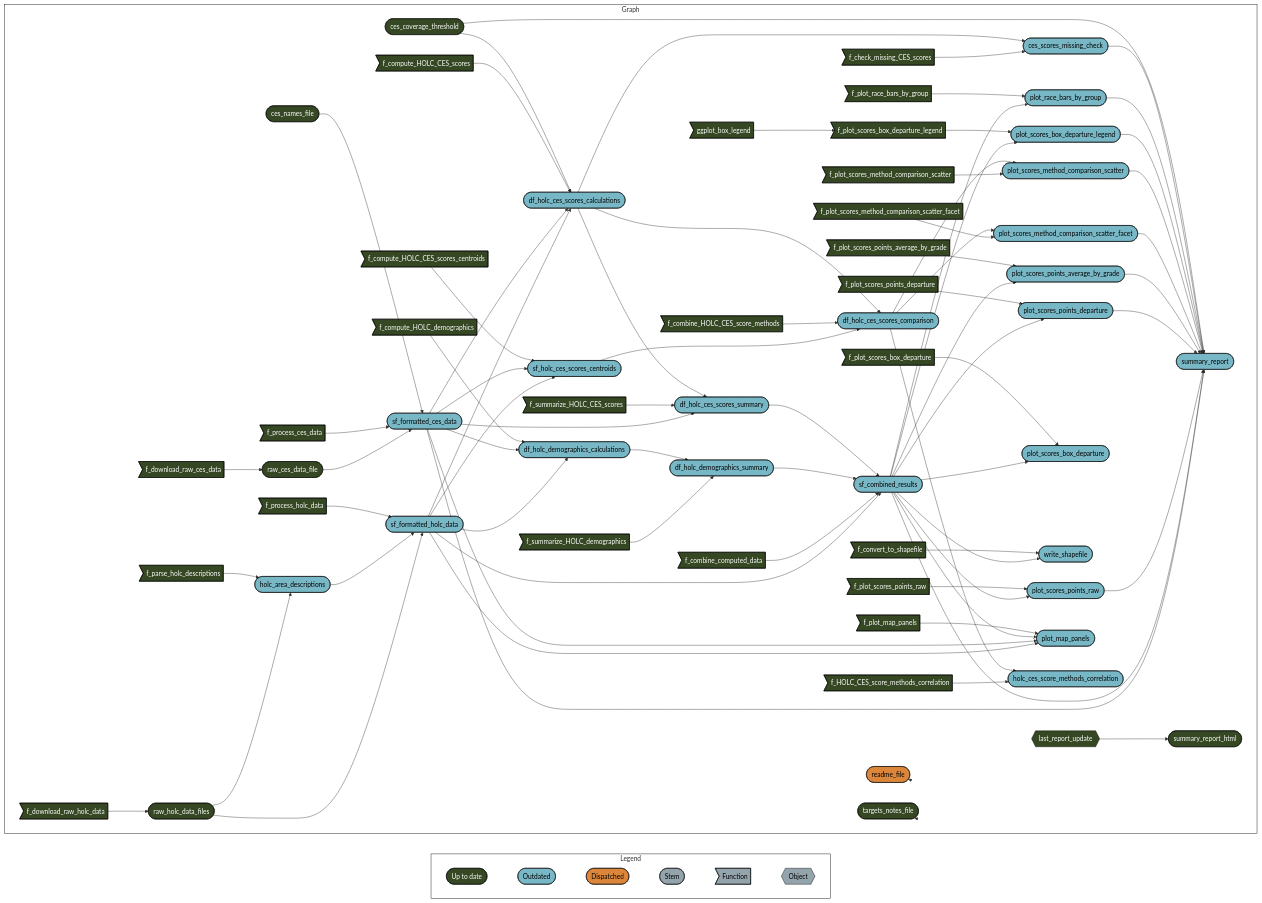
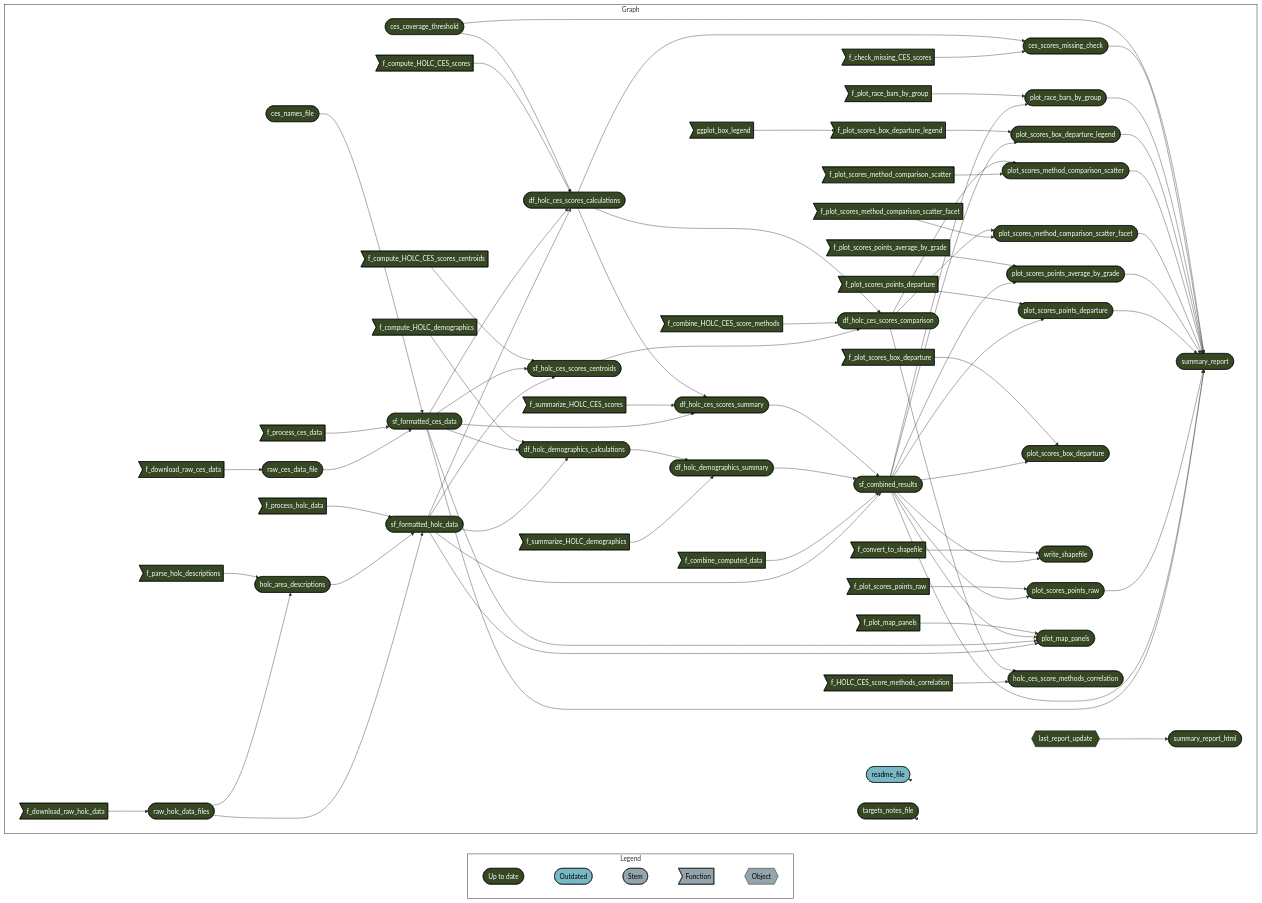
One commit to daltare/pollution-and-prejudice changed the diagram in README.md. Above: the diagram before and after it, drawn with Mermaid. The commit also changed other lines of this file and 5 other files, not shown here.

````diff
--- a/README.md
+++ b/README.md
@@ -109,96 +124,93 @@
   subgraph Legend
     direction LR
     x7420bd9270f8d27d([""Up to date""]):::uptodate --- x0a52b03877696646([""Outdated""]):::outdated
-    x0a52b03877696646([""Outdated""]):::outdated --- xa8565c104d8f0705([""Dispatched""]):::dispatched
-    xa8565c104d8f0705([""Dispatched""]):::dispatched --- xbf4603d6c2c2ad6b([""Stem""]):::none
+    x0a52b03877696646([""Outdated""]):::outdated --- xbf4603d6c2c2ad6b([""Stem""]):::none
     xbf4603d6c2c2ad6b([""Stem""]):::none --- xf0bce276fe2b9d3e>""Function""]:::none
     xf0bce276fe2b9d3e>""Function""]:::none --- x5bffbffeae195fc9{{""Object""}}:::none
   end
   subgraph Graph
     direction LR
     x723651d51c4d9039>"ggplot_box_legend"]:::uptodate --> x9fc5d9228e2f8c78>"f_plot_scores_box_departure_legend"]:::uptodate
-    xbc38fdbb09f54cdc(["df_holc_ces_scores_summary"]):::outdated --> x7774e14ad1201765(["sf_combined_results"]):::outdated
-    x722c080414fdf571(["df_holc_demographics_summary"]):::outdated --> x7774e14ad1201765(["sf_combined_results"]):::outdated
-    xf90b49dd379c5312>"f_combine_computed_data"]:::uptodate --> x7774e14ad1201765(["sf_combined_results"]):::outdated
-    xd358c84560a350ea(["sf_formatted_holc_data"]):::outdated --> x7774e14ad1201765(["sf_combined_results"]):::outdated
-    x05780902aff2e52e>"f_plot_scores_points_departure"]:::uptodate --> x85db2b90c235dab6(["plot_scores_points_departure"]):::outdated
-    x7774e14ad1201765(["sf_combined_results"]):::outdated --> x85db2b90c235dab6(["plot_scores_points_departure"]):::outdated
-    xf2cacda6c5be1d56(["df_holc_ces_scores_calculations"]):::outdated --> xbc38fdbb09f54cdc(["df_holc_ces_scores_summary"]):::outdated
-    x24483bb6f5885403>"f_summarize_HOLC_CES_scores"]:::uptodate --> xbc38fdbb09f54cdc(["df_holc_ces_scores_summary"]):::outdated
-    x66ea1e7e4088616e(["sf_formatted_ces_data"]):::outdated --> xbc38fdbb09f54cdc(["df_holc_ces_scores_summary"]):::outdated
-    x9fc5d9228e2f8c78>"f_plot_scores_box_departure_legend"]:::uptodate --> xd261dc6bb4fd422e(["plot_scores_box_departure_legend"]):::outdated
-    x7774e14ad1201765(["sf_combined_results"]):::outdated --> xd261dc6bb4fd422e(["plot_scores_box_departure_legend"]):::outdated
-    xb8f0b2810f342081(["ces_coverage_threshold"]):::uptodate --> xf2cacda6c5be1d56(["df_holc_ces_scores_calculations"]):::outdated
-    xb84eb9d541120890>"f_compute_HOLC_CES_scores"]:::uptodate --> xf2cacda6c5be1d56(["df_holc_ces_scores_calculations"]):::outdated
-    x66ea1e7e4088616e(["sf_formatted_ces_data"]):::outdated --> xf2cacda6c5be1d56(["df_holc_ces_scores_calculations"]):::outdated
-    xd358c84560a350ea(["sf_formatted_holc_data"]):::outdated --> xf2cacda6c5be1d56(["df_holc_ces_scores_calculations"]):::outdated
-    xb8f0b2810f342081(["ces_coverage_threshold"]):::uptodate --> xe24c603975ef95ce(["summary_report"]):::outdated
-    xcdcbc8327c73002a(["ces_scores_missing_check"]):::outdated --> xe24c603975ef95ce(["summary_report"]):::outdated
-    xe2341aac6be6d5c3(["plot_race_bars_by_group"]):::outdated --> xe24c603975ef95ce(["summary_report"]):::outdated
-    xd261dc6bb4fd422e(["plot_scores_box_departure_legend"]):::outdated --> xe24c603975ef95ce(["summary_report"]):::outdated
-    x30558efb09c7936d(["plot_scores_method_comparison_scatter"]):::outdated --> xe24c603975ef95ce(["summary_report"]):::outdated
-    xe4dc7810b8261f38(["plot_scores_method_comparison_scatter_facet"]):::outdated --> xe24c603975ef95ce(["summary_report"]):::outdated
-    x26888c3adf53b8ba(["plot_scores_points_average_by_grade"]):::outdated --> xe24c603975ef95ce(["summary_report"]):::outdated
-    x85db2b90c235dab6(["plot_scores_points_departure"]):::outdated --> xe24c603975ef95ce(["summary_report"]):::outdated
-    xd06bbe78c7eb9f6c(["plot_scores_points_raw"]):::outdated --> xe24c603975ef95ce(["summary_report"]):::outdated
-    x7774e14ad1201765(["sf_combined_results"]):::outdated --> xe24c603975ef95ce(["summary_report"]):::outdated
-    x66ea1e7e4088616e(["sf_formatted_ces_data"]):::outdated --> xe24c603975ef95ce(["summary_report"]):::outdated
-    xcda122252060630c>"f_compute_HOLC_CES_scores_centroids"]:::uptodate --> x03e01758e45bc154(["sf_holc_ces_scores_centroids"]):::outdated
-    x66ea1e7e4088616e(["sf_formatted_ces_data"]):::outdated --> x03e01758e45bc154(["sf_holc_ces_scores_centroids"]):::outdated
-    xd358c84560a350ea(["sf_formatted_holc_data"]):::outdated --> x03e01758e45bc154(["sf_holc_ces_scores_centroids"]):::outdated
-    x13ecd6c730196e92>"f_plot_scores_box_departure"]:::uptodate --> xc0917568d2ce3bee(["plot_scores_box_departure"]):::outdated
-    x7774e14ad1201765(["sf_combined_results"]):::outdated --> xc0917568d2ce3bee(["plot_scores_box_departure"]):::outdated
-    x4baab69ddc05606c>"f_compute_HOLC_demographics"]:::uptodate --> x0933fedf1eaed55e(["df_holc_demographics_calculations"]):::outdated
-    x66ea1e7e4088616e(["sf_formatted_ces_data"]):::outdated --> x0933fedf1eaed55e(["df_holc_demographics_calculations"]):::outdated
-    xd358c84560a350ea(["sf_formatted_holc_data"]):::outdated --> x0933fedf1eaed55e(["df_holc_demographics_calculations"]):::outdated
-    xe7b24c87dabecd62>"f_parse_holc_descriptions"]:::uptodate --> xc134b761ca90db6a(["holc_area_descriptions"]):::outdated
-    x7deb259c829fdb2e(["raw_holc_data_files"]):::uptodate --> xc134b761ca90db6a(["holc_area_descriptions"]):::outdated
-    x3566400abf0582d0>"f_process_holc_data"]:::uptodate --> xd358c84560a350ea(["sf_formatted_holc_data"]):::outdated
-    xc134b761ca90db6a(["holc_area_descriptions"]):::outdated --> xd358c84560a350ea(["sf_formatted_holc_data"]):::outdated
-    x7deb259c829fdb2e(["raw_holc_data_files"]):::uptodate --> xd358c84560a350ea(["sf_formatted_holc_data"]):::outdated
-    xd22b3ef3698af9c3>"f_plot_race_bars_by_group"]:::uptodate --> xe2341aac6be6d5c3(["plot_race_bars_by_group"]):::outdated
-    x7774e14ad1201765(["sf_combined_results"]):::outdated --> xe2341aac6be6d5c3(["plot_race_bars_by_group"]):::outdated
-    x7ad41e3fd12f2676(["ces_names_file"]):::uptodate --> x66ea1e7e4088616e(["sf_formatted_ces_data"]):::outdated
-    xdca65f7684d779f0>"f_process_ces_data"]:::uptodate --> x66ea1e7e4088616e(["sf_formatted_ces_data"]):::outdated
-    x6538bfb2bd8fa5af(["raw_ces_data_file"]):::uptodate --> x66ea1e7e4088616e(["sf_formatted_ces_data"]):::outdated
-    x661c36f456260220>"f_plot_scores_points_average_by_grade"]:::uptodate --> x26888c3adf53b8ba(["plot_scores_points_average_by_grade"]):::outdated
-    x7774e14ad1201765(["sf_combined_results"]):::outdated --> x26888c3adf53b8ba(["plot_scores_points_average_by_grade"]):::outdated
-    x9e5564aad7264f3e>"f_convert_to_shapefile"]:::uptodate --> xf040698982835e96(["write_shapefile"]):::outdated
-    x7774e14ad1201765(["sf_combined_results"]):::outdated --> xf040698982835e96(["write_shapefile"]):::outdated
+    xbc38fdbb09f54cdc(["df_holc_ces_scores_summary"]):::uptodate --> x7774e14ad1201765(["sf_combined_results"]):::uptodate
+    x722c080414fdf571(["df_holc_demographics_summary"]):::uptodate --> x7774e14ad1201765(["sf_combined_results"]):::uptodate
+    xf90b49dd379c5312>"f_combine_computed_data"]:::uptodate --> x7774e14ad1201765(["sf_combined_results"]):::uptodate
+    xd358c84560a350ea(["sf_formatted_holc_data"]):::uptodate --> x7774e14ad1201765(["sf_combined_results"]):::uptodate
+    x05780902aff2e52e>"f_plot_scores_points_departure"]:::uptodate --> x85db2b90c235dab6(["plot_scores_points_departure"]):::uptodate
+    x7774e14ad1201765(["sf_combined_results"]):::uptodate --> x85db2b90c235dab6(["plot_scores_points_departure"]):::uptodate
+    xf2cacda6c5be1d56(["df_holc_ces_scores_calculations"]):::uptodate --> xbc38fdbb09f54cdc(["df_holc_ces_scores_summary"]):::uptodate
+    x24483bb6f5885403>"f_summarize_HOLC_CES_scores"]:::uptodate --> xbc38fdbb09f54cdc(["df_holc_ces_scores_summary"]):::uptodate
+    x66ea1e7e4088616e(["sf_formatted_ces_data"]):::uptodate --> xbc38fdbb09f54cdc(["df_holc_ces_scores_summary"]):::uptodate
+    x9fc5d9228e2f8c78>"f_plot_scores_box_departure_legend"]:::uptodate --> xd261dc6bb4fd422e(["plot_scores_box_departure_legend"]):::uptodate
+    x7774e14ad1201765(["sf_combined_results"]):::uptodate --> xd261dc6bb4fd422e(["plot_scores_box_departure_legend"]):::uptodate
+    xb8f0b2810f342081(["ces_coverage_threshold"]):::uptodate --> xf2cacda6c5be1d56(["df_holc_ces_scores_calculations"]):::uptodate
+    xb84eb9d541120890>"f_compute_HOLC_CES_scores"]:::uptodate --> xf2cacda6c5be1d56(["df_holc_ces_scores_calculations"]):::uptodate
+    x66ea1e7e4088616e(["sf_formatted_ces_data"]):::uptodate --> xf2cacda6c5be1d56(["df_holc_ces_scores_calculations"]):::uptodate
+    xd358c84560a350ea(["sf_formatted_holc_data"]):::uptodate --> xf2cacda6c5be1d56(["df_holc_ces_scores_calculations"]):::uptodate
+    xb8f0b2810f342081(["ces_coverage_threshold"]):::uptodate --> xe24c603975ef95ce(["summary_report"]):::uptodate
+    xcdcbc8327c73002a(["ces_scores_missing_check"]):::uptodate --> xe24c603975ef95ce(["summary_report"]):::uptodate
+    xe2341aac6be6d5c3(["plot_race_bars_by_group"]):::uptodate --> xe24c603975ef95ce(["summary_report"]):::uptodate
+    xd261dc6bb4fd422e(["plot_scores_box_departure_legend"]):::uptodate --> xe24c603975ef95ce(["summary_report"]):::uptodate
+    x30558efb09c7936d(["plot_scores_method_comparison_scatter"]):::uptodate --> xe24c603975ef95ce(["summary_report"]):::uptodate
+    xe4dc7810b8261f38(["plot_scores_method_comparison_scatter_facet"]):::uptodate --> xe24c603975ef95ce(["summary_report"]):::uptodate
+    x26888c3adf53b8ba(["plot_scores_points_average_by_grade"]):::uptodate --> xe24c603975ef95ce(["summary_report"]):::uptodate
+    x85db2b90c235dab6(["plot_scores_points_departure"]):::uptodate --> xe24c603975ef95ce(["summary_report"]):::uptodate
+    xd06bbe78c7eb9f6c(["plot_scores_points_raw"]):::uptodate --> xe24c603975ef95ce(["summary_report"]):::uptodate
+    x7774e14ad1201765(["sf_combined_results"]):::uptodate --> xe24c603975ef95ce(["summary_report"]):::uptodate
+    x66ea1e7e4088616e(["sf_formatted_ces_data"]):::uptodate --> xe24c603975ef95ce(["summary_report"]):::uptodate
+    xcda122252060630c>"f_compute_HOLC_CES_scores_centroids"]:::uptodate --> x03e01758e45bc154(["sf_holc_ces_scores_centroids"]):::uptodate
+    x66ea1e7e4088616e(["sf_formatted_ces_data"]):::uptodate --> x03e01758e45bc154(["sf_holc_ces_scores_centroids"]):::uptodate
+    xd358c84560a350ea(["sf_formatted_holc_data"]):::uptodate --> x03e01758e45bc154(["sf_holc_ces_scores_centroids"]):::uptodate
+    x13ecd6c730196e92>"f_plot_scores_box_departure"]:::uptodate --> xc0917568d2ce3bee(["plot_scores_box_departure"]):::uptodate
+    x7774e14ad1201765(["sf_combined_results"]):::uptodate --> xc0917568d2ce3bee(["plot_scores_box_departure"]):::uptodate
+    x4baab69ddc05606c>"f_compute_HOLC_demographics"]:::uptodate --> x0933fedf1eaed55e(["df_holc_demographics_calculations"]):::uptodate
+    x66ea1e7e4088616e(["sf_formatted_ces_data"]):::uptodate --> x0933fedf1eaed55e(["df_holc_demographics_calculations"]):::uptodate
+    xd358c84560a350ea(["sf_formatted_holc_data"]):::uptodate --> x0933fedf1eaed55e(["df_holc_demographics_calculations"]):::uptodate
+    xe7b24c87dabecd62>"f_parse_holc_descriptions"]:::uptodate --> xc134b761ca90db6a(["holc_area_descriptions"]):::uptodate
+    x7deb259c829fdb2e(["raw_holc_data_files"]):::uptodate --> xc134b761ca90db6a(["holc_area_descriptions"]):::uptodate
+    x3566400abf0582d0>"f_process_holc_data"]:::uptodate --> xd358c84560a350ea(["sf_formatted_holc_data"]):::uptodate
+    xc134b761ca90db6a(["holc_area_descriptions"]):::uptodate --> xd358c84560a350ea(["sf_formatted_holc_data"]):::uptodate
+    x7deb259c829fdb2e(["raw_holc_data_files"]):::uptodate --> xd358c84560a350ea(["sf_formatted_holc_data"]):::uptodate
+    xd22b3ef3698af9c3>"f_plot_race_bars_by_group"]:::uptodate --> xe2341aac6be6d5c3(["plot_race_bars_by_group"]):::uptodate
+    x7774e14ad1201765(["sf_combined_results"]):::uptodate --> xe2341aac6be6d5c3(["plot_race_bars_by_group"]):::uptodate
+    x7ad41e3fd12f2676(["ces_names_file"]):::uptodate --> x66ea1e7e4088616e(["sf_formatted_ces_data"]):::uptodate
+    xdca65f7684d779f0>"f_process_ces_data"]:::uptodate --> x66ea1e7e4088616e(["sf_formatted_ces_data"]):::uptodate
+    x6538bfb2bd8fa5af(["raw_ces_data_file"]):::uptodate --> x66ea1e7e4088616e(["sf_formatted_ces_data"]):::uptodate
+    x661c36f456260220>"f_plot_scores_points_average_by_grade"]:::uptodate --> x26888c3adf53b8ba(["plot_scores_points_average_by_grade"]):::uptodate
+    x7774e14ad1201765(["sf_combined_results"]):::uptodate --> x26888c3adf53b8ba(["plot_scores_points_average_by_grade"]):::uptodate
+    x9e5564aad7264f3e>"f_convert_to_shapefile"]:::uptodate --> xf040698982835e96(["write_shapefile"]):::uptodate
+    x7774e14ad1201765(["sf_combined_results"]):::uptodate --> xf040698982835e96(["write_shapefile"]):::uptodate
     xf443f725966ed075{{"last_report_update"}}:::uptodate --> x3b5990520b2e818d(["summary_report_html"]):::uptodate
-    xc11e093e8a0331b6>"f_plot_map_panels"]:::uptodate --> x52b2d35838d1c908(["plot_map_panels"]):::outdated
-    x7774e14ad1201765(["sf_combined_results"]):::outdated --> x52b2d35838d1c908(["plot_map_panels"]):::outdated
-    x66ea1e7e4088616e(["sf_formatted_ces_data"]):::outdated --> x52b2d35838d1c908(["plot_map_panels"]):::outdated
-    xd358c84560a350ea(["sf_formatted_holc_data"]):::outdated --> x52b2d35838d1c908(["plot_map_panels"]):::outdated
-    x716156bac81cd62e(["df_holc_ces_scores_comparison"]):::outdated --> xe4dc7810b8261f38(["plot_scores_method_comparison_scatter_facet"]):::outdated
-    x3b0727f79ff18b40>"f_plot_scores_method_comparison_scatter_facet"]:::uptodate --> xe4dc7810b8261f38(["plot_scores_method_comparison_scatter_facet"]):::outdated
+    xc11e093e8a0331b6>"f_plot_map_panels"]:::uptodate --> x52b2d35838d1c908(["plot_map_panels"]):::uptodate
+    x7774e14ad1201765(["sf_combined_results"]):::uptodate --> x52b2d35838d1c908(["plot_map_panels"]):::uptodate
+    x66ea1e7e4088616e(["sf_formatted_ces_data"]):::uptodate --> x52b2d35838d1c908(["plot_map_panels"]):::uptodate
+    xd358c84560a350ea(["sf_formatted_holc_data"]):::uptodate --> x52b2d35838d1c908(["plot_map_panels"]):::uptodate
+    x716156bac81cd62e(["df_holc_ces_scores_comparison"]):::uptodate --> xe4dc7810b8261f38(["plot_scores_method_comparison_scatter_facet"]):::uptodate
+    x3b0727f79ff18b40>"f_plot_scores_method_comparison_scatter_facet"]:::uptodate --> xe4dc7810b8261f38(["plot_scores_method_comparison_scatter_facet"]):::uptodate
     x28598aa74e36431d>"f_download_raw_holc_data"]:::uptodate --> x7deb259c829fdb2e(["raw_holc_data_files"]):::uptodate
-    xf2cacda6c5be1d56(["df_holc_ces_scores_calculations"]):::outdated --> xcdcbc8327c73002a(["ces_scores_missing_check"]):::outdated
-    x1909355c81c03a12>"f_check_missing_CES_scores"]:::uptodate --> xcdcbc8327c73002a(["ces_scores_missing_check"]):::outdated
-    x716156bac81cd62e(["df_holc_ces_scores_comparison"]):::outdated --> x30558efb09c7936d(["plot_scores_method_comparison_scatter"]):::outdated
-    xfded34a4d23e9e5d>"f_plot_scores_method_comparison_scatter"]:::uptodate --> x30558efb09c7936d(["plot_scores_method_comparison_scatter"]):::outdated
-    x0933fedf1eaed55e(["df_holc_demographics_calculations"]):::outdated --> x722c080414fdf571(["df_holc_demographics_summary"]):::outdated
-    x2dfdf1b5ee4ba094>"f_summarize_HOLC_demographics"]:::uptodate --> x722c080414fdf571(["df_holc_demographics_summary"]):::outdated
+    xf2cacda6c5be1d56(["df_holc_ces_scores_calculations"]):::uptodate --> xcdcbc8327c73002a(["ces_scores_missing_check"]):::uptodate
+    x1909355c81c03a12>"f_check_missing_CES_scores"]:::uptodate --> xcdcbc8327c73002a(["ces_scores_missing_check"]):::uptodate
+    x716156bac81cd62e(["df_holc_ces_scores_comparison"]):::uptodate --> x30558efb09c7936d(["plot_scores_method_comparison_scatter"]):::uptodate
+    xfded34a4d23e9e5d>"f_plot_scores_method_comparison_scatter"]:::uptodate --> x30558efb09c7936d(["plot_scores_method_comparison_scatter"]):::uptodate
+    x0933fedf1eaed55e(["df_holc_demographics_calculations"]):::uptodate --> x722c080414fdf571(["df_holc_demographics_summary"]):::uptodate
+    x2dfdf1b5ee4ba094>"f_summarize_HOLC_demographics"]:::uptodate --> x722c080414fdf571(["df_holc_demographics_summary"]):::uptodate
     xc504145cdabdd854>"f_download_raw_ces_data"]:::uptodate --> x6538bfb2bd8fa5af(["raw_ces_data_file"]):::uptodate
-    x716156bac81cd62e(["df_holc_ces_scores_comparison"]):::outdated --> xdf491333e4fb171a(["holc_ces_score_methods_correlation"]):::outdated
-    x9f27f4335306e40c>"f_HOLC_CES_score_methods_correlation"]:::uptodate --> xdf491333e4fb171a(["holc_ces_score_methods_correlation"]):::outdated
-    xf2cacda6c5be1d56(["df_holc_ces_scores_calculations"]):::outdated --> x716156bac81cd62e(["df_holc_ces_scores_comparison"]):::outdated
-    x1362e4f419a24a87>"f_combine_HOLC_CES_score_methods"]:::uptodate --> x716156bac81cd62e(["df_holc_ces_scores_comparison"]):::outdated
-    x03e01758e45bc154(["sf_holc_ces_scores_centroids"]):::outdated --> x716156bac81cd62e(["df_holc_ces_scores_comparison"]):::outdated
-    x6a4e5ab768f76050>"f_plot_scores_points_raw"]:::uptodate --> xd06bbe78c7eb9f6c(["plot_scores_points_raw"]):::outdated
-    x7774e14ad1201765(["sf_combined_results"]):::outdated --> xd06bbe78c7eb9f6c(["plot_scores_points_raw"]):::outdated
-    x118ccf0169559b01(["readme_file"]):::dispatched --> x118ccf0169559b01(["readme_file"]):::dispatched
+    x716156bac81cd62e(["df_holc_ces_scores_comparison"]):::uptodate --> xdf491333e4fb171a(["holc_ces_score_methods_correlation"]):::uptodate
+    x9f27f4335306e40c>"f_HOLC_CES_score_methods_correlation"]:::uptodate --> xdf491333e4fb171a(["holc_ces_score_methods_correlation"]):::uptodate
+    xf2cacda6c5be1d56(["df_holc_ces_scores_calculations"]):::uptodate --> x716156bac81cd62e(["df_holc_ces_scores_comparison"]):::uptodate
+    x1362e4f419a24a87>"f_combine_HOLC_CES_score_methods"]:::uptodate --> x716156bac81cd62e(["df_holc_ces_scores_comparison"]):::uptodate
+    x03e01758e45bc154(["sf_holc_ces_scores_centroids"]):::uptodate --> x716156bac81cd62e(["df_holc_ces_scores_comparison"]):::uptodate
+    x6a4e5ab768f76050>"f_plot_scores_points_raw"]:::uptodate --> xd06bbe78c7eb9f6c(["plot_scores_points_raw"]):::uptodate
+    x7774e14ad1201765(["sf_combined_results"]):::uptodate --> xd06bbe78c7eb9f6c(["plot_scores_points_raw"]):::uptodate
+    x118ccf0169559b01(["readme_file"]):::outdated --> x118ccf0169559b01(["readme_file"]):::outdated
     xd244e8c357cc9580(["targets_notes_file"]):::uptodate --> xd244e8c357cc9580(["targets_notes_file"]):::uptodate
   end
   classDef uptodate stroke:#000000,color:#ffffff,fill:#354823;
   classDef outdated stroke:#000000,color:#000000,fill:#78B7C5;
-  classDef dispatched stroke:#000000,color:#000000,fill:#DC863B;
   classDef none stroke:#000000,color:#000000,fill:#94a4ac;
   linkStyle 0 stroke-width:0px;
   linkStyle 1 stroke-width:0px;
   linkStyle 2 stroke-width:0px;
   linkStyle 3 stroke-width:0px;
-  linkStyle 4 stroke-width:0px;
+  linkStyle 75 stroke-width:0px;
   linkStyle 76 stroke-width:0px;
-  linkStyle 77 stroke-width:0px;
 ```
````
